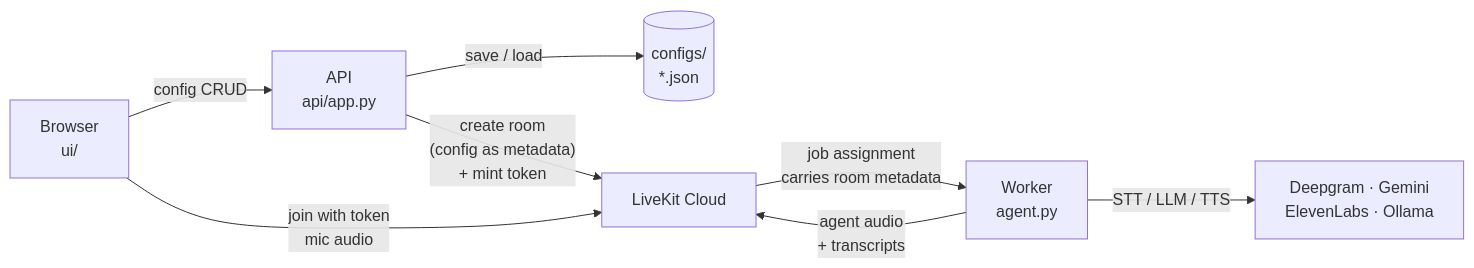
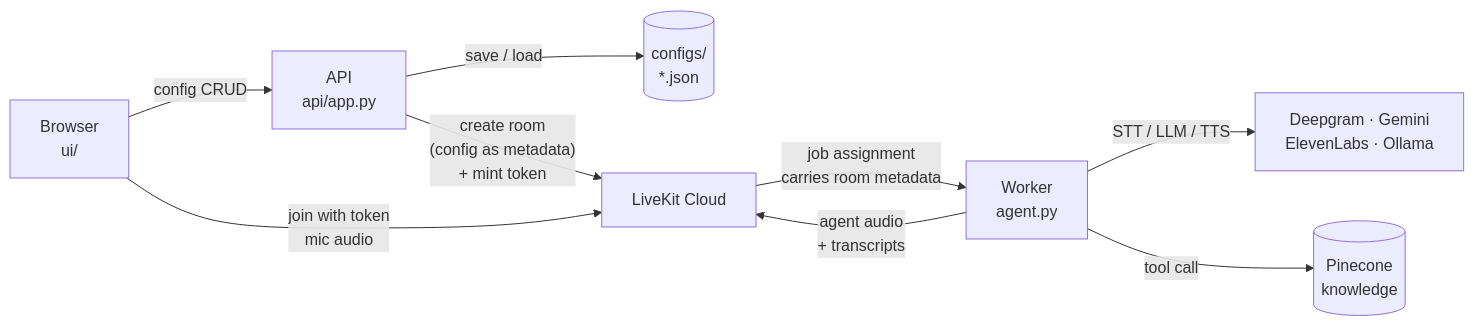
Before and after one commit to SameerSingh2901/conversational-ai-project: the diagram in README.md, drawn with Mermaid. The commit also changed other lines of this file and 2 other files, not shown here.

First line of the commit message:
docs: architecture walkthrough, and bring README and PROGRESS current

````diff
--- a/README.md
+++ b/README.md
@@ -78,17 +81,19 @@
 ```mermaid
 flowchart LR
     B["Browser<br/>ui/"]
     A["API<br/>api/app.py"]
     D[("configs/<br/>*.json")]
     L["LiveKit Cloud"]
     W["Worker<br/>agent.py"]
     P["Deepgram · Gemini<br/>ElevenLabs · Ollama"]
+    K[("Pinecone<br/>knowledge")]
 
     B -->|"config CRUD"| A
     A -->|"save / load"| D
     A -->|"create room<br/>(config as metadata)<br/>+ mint token"| L
     B -->|"join with token<br/>mic audio"| L
     L -->|"job assignment<br/>carries room metadata"| W
     W -->|"agent audio<br/>+ transcripts"| L
     W -->|"STT / LLM / TTS"| P
+    W -->|"tool call"| K
 ```
````
